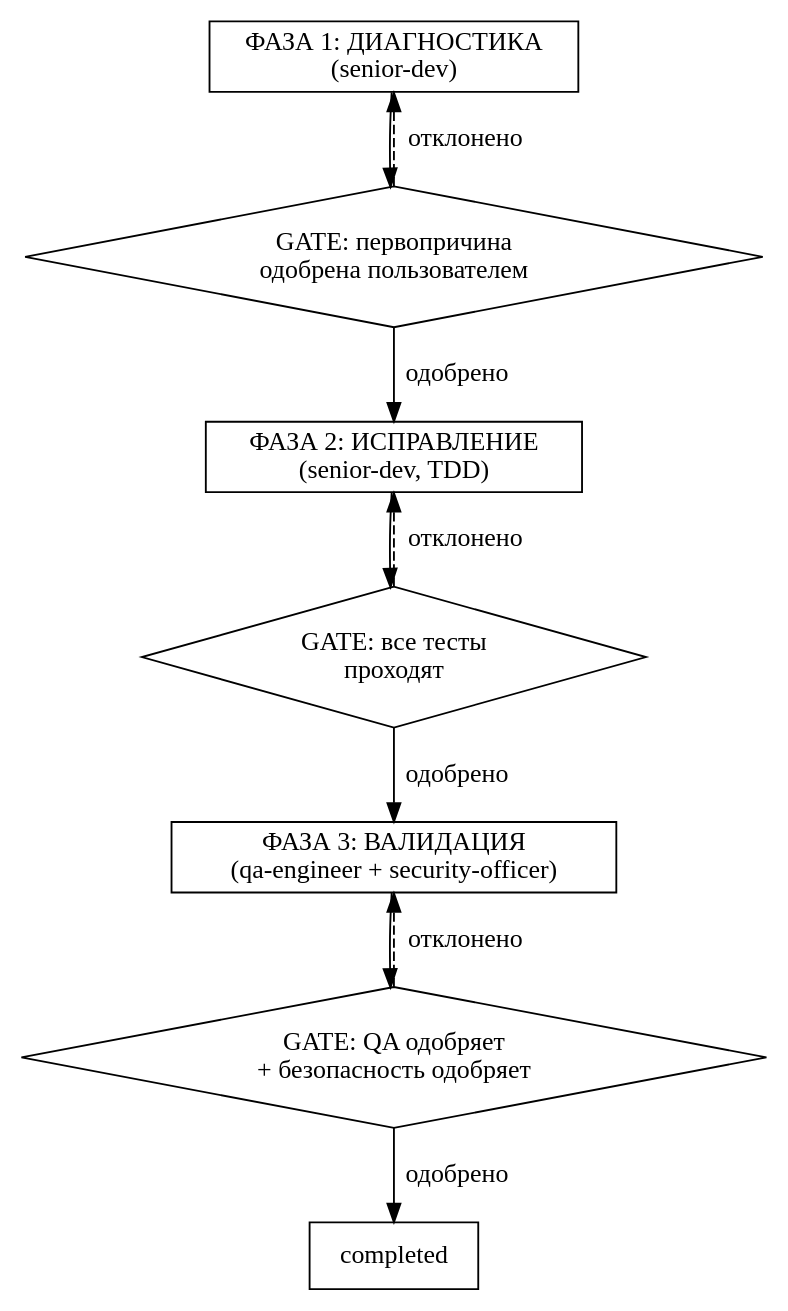
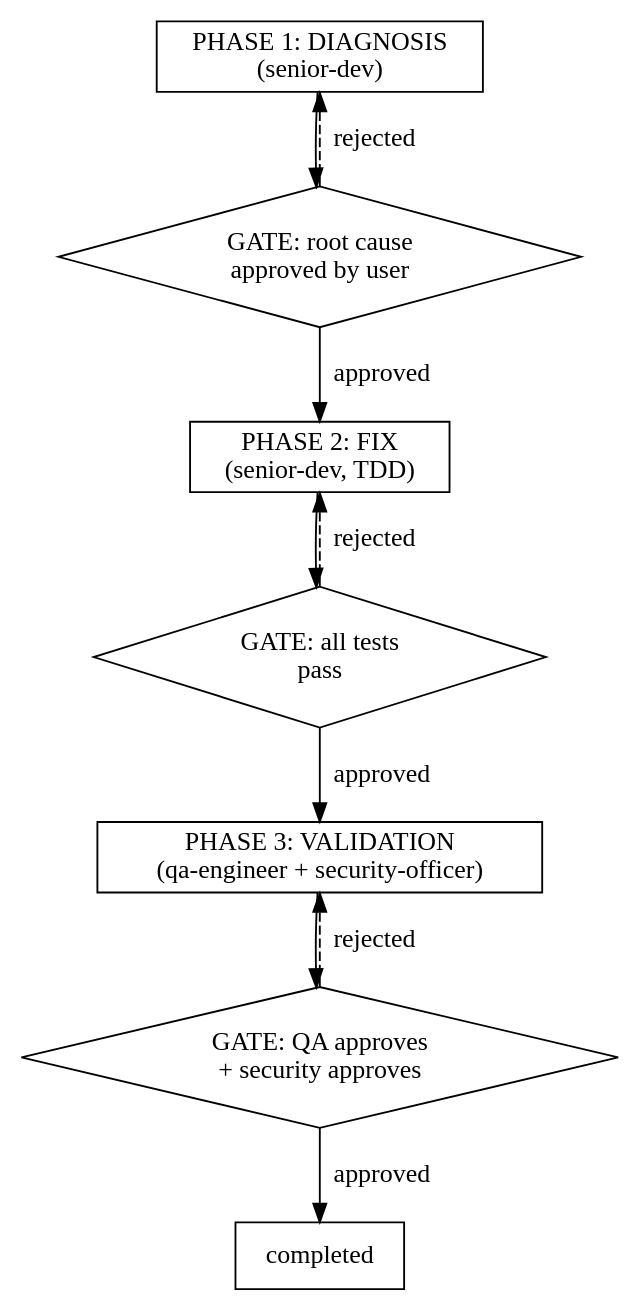
Before and after one commit to grigoriev/alfred-dev: the second of 3 diagrams in agents/alfred.md, drawn with Graphviz. The commit also changed other lines of this file and 104 other files, not shown here.

````diff
--- a/agents/alfred.md
+++ b/agents/alfred.md
@@ -168,24 +139,24 @@
 ```dot
 digraph fix_flow {
     rankdir=TB;
     node [shape=box];
 
-    diagnosis [label="ФАЗА 1: ДИАГНОСТИКА\n(senior-dev)"];
-    correction [label="ФАЗА 2: ИСПРАВЛЕНИЕ\n(senior-dev, TDD)"];
-    validation [label="ФАЗА 3: ВАЛИДАЦИЯ\n(qa-engineer + security-officer)"];
+    diagnosis [label="PHASE 1: DIAGNOSIS\n(senior-dev)"];
+    correction [label="PHASE 2: FIX\n(senior-dev, TDD)"];
+    validation [label="PHASE 3: VALIDATION\n(qa-engineer + security-officer)"];
 
-    gate_diag [label="GATE: первопричина\nодобрена пользователем" shape=diamond];
-    gate_fix [label="GATE: все тесты\nпроходят" shape=diamond];
-    gate_val [label="GATE: QA одобряет\n+ безопасность одобряет" shape=diamond];
+    gate_diag [label="GATE: root cause\napproved by user" shape=diamond];
+    gate_fix [label="GATE: all tests\npass" shape=diamond];
+    gate_val [label="GATE: QA approves\n+ security approves" shape=diamond];
 
     diagnosis -> gate_diag;
-    gate_diag -> correction [label="одобрено"];
-    gate_diag -> diagnosis [label="отклонено" style=dashed];
+    gate_diag -> correction [label="approved"];
+    gate_diag -> diagnosis [label="rejected" style=dashed];
     correction -> gate_fix;
-    gate_fix -> validation [label="одобрено"];
-    gate_fix -> correction [label="отклонено" style=dashed];
+    gate_fix -> validation [label="approved"];
+    gate_fix -> correction [label="rejected" style=dashed];
     validation -> gate_val;
-    gate_val -> completed [label="одобрено" shape=doublecircle];
-    gate_val -> validation [label="отклонено" style=dashed];
+    gate_val -> completed [label="approved" shape=doublecircle];
+    gate_val -> validation [label="rejected" style=dashed];
 }
 ```
````
